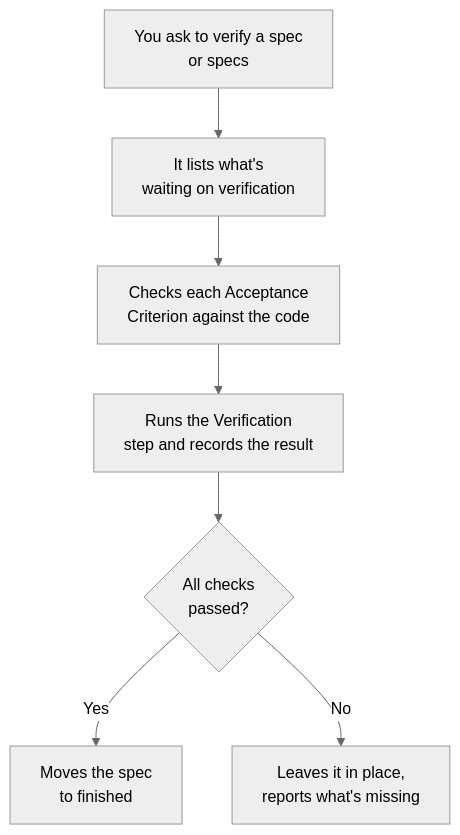
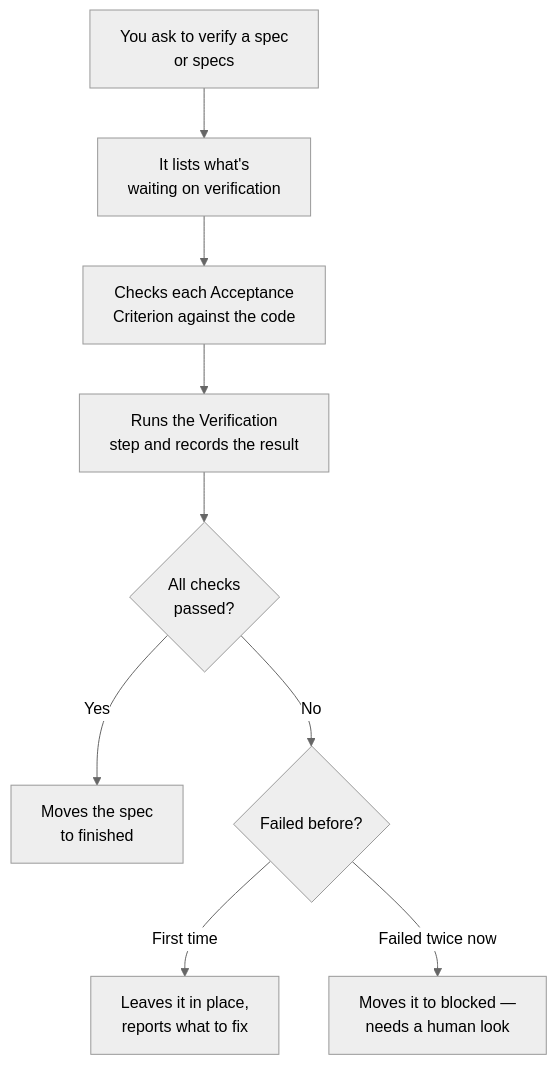
Before and after one commit to RyoKusnadi/rig-bench: the fourth of 4 diagrams in README.md, drawn with Mermaid (neutral theme). The commit also changed other lines of this file and 5 other files, not shown here.

````diff
--- a/README.md
+++ b/README.md
@@ -88,9 +88,11 @@
 ```mermaid
 flowchart TD
     A[You ask to verify a spec<br/>or specs] --> B[It lists what's<br/>waiting on verification]
     B --> C[Checks each Acceptance<br/>Criterion against the code]
     C --> D[Runs the Verification<br/>step and records the result]
     D --> E{All checks<br/>passed?}
     E -->|Yes| F[Moves the spec<br/>to finished]
-    E -->|No| G[Leaves it in place,<br/>reports what's missing]
+    E -->|No| G{Failed before?}
+    G -->|First time| H[Leaves it in place,<br/>reports what to fix]
+    G -->|Failed twice now| I[Moves it to blocked —<br/>needs a human look]
 ```
````
